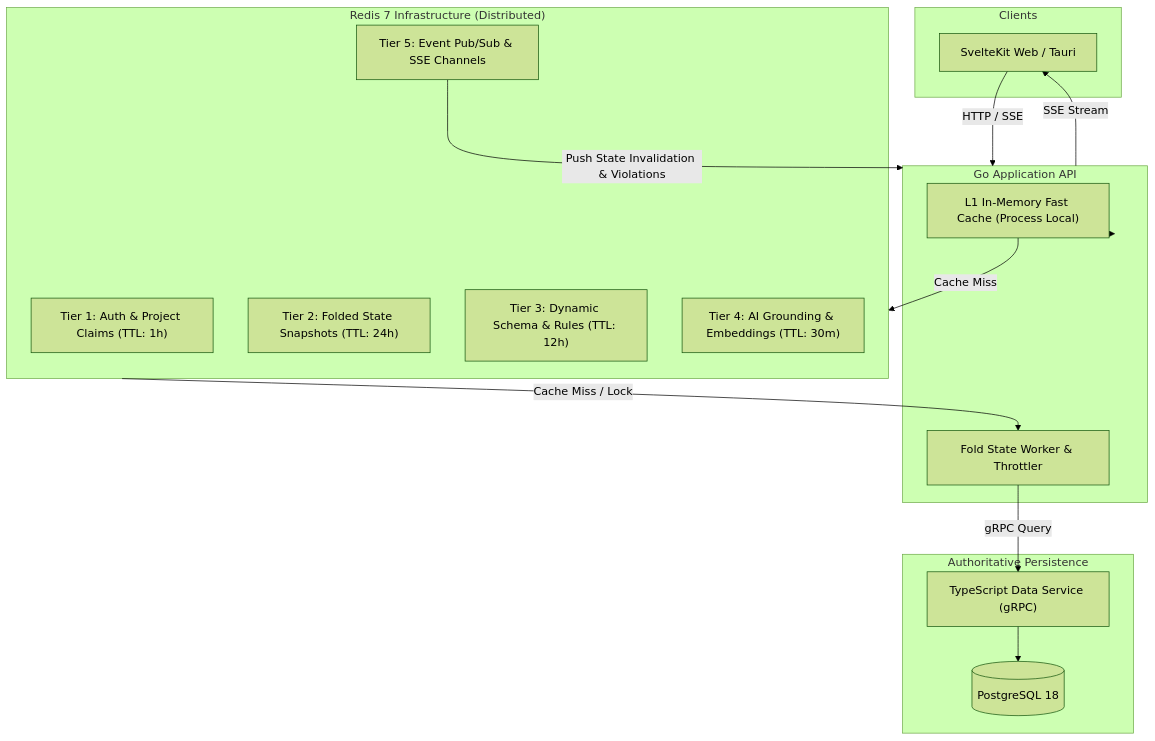
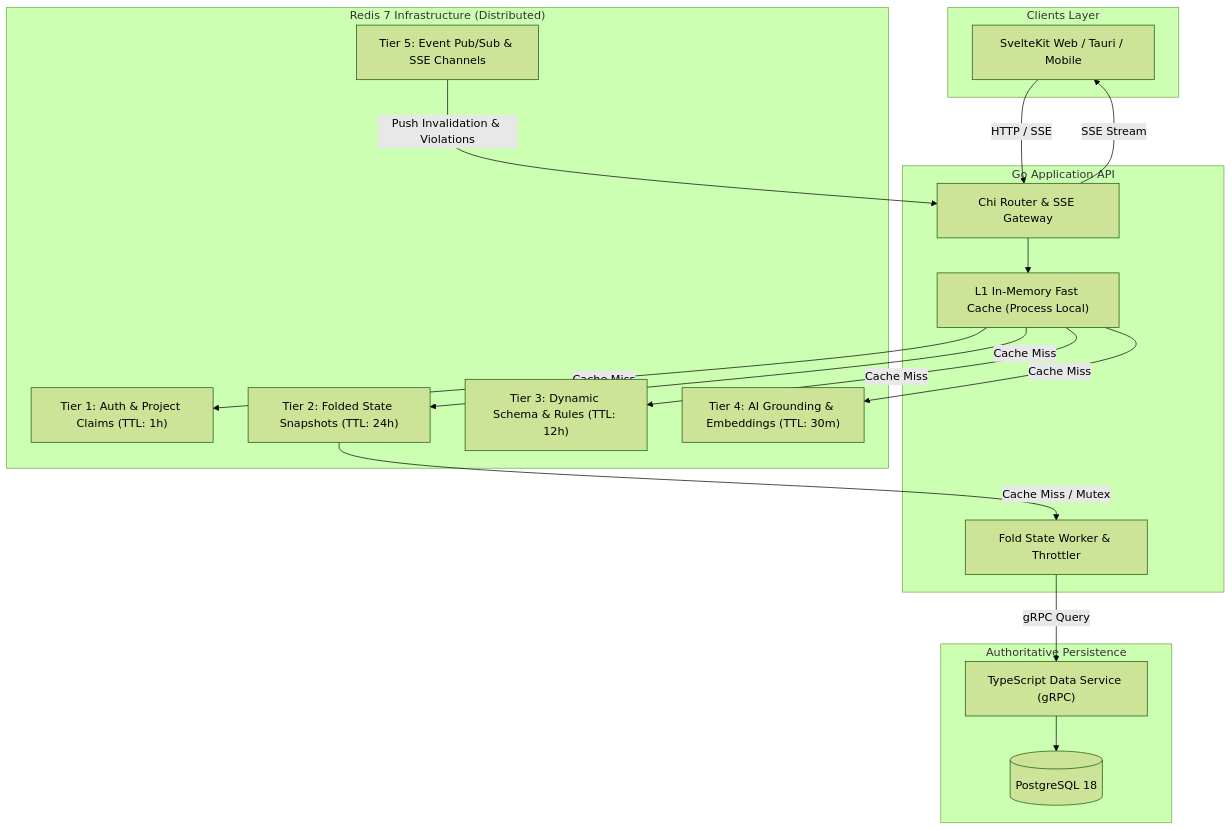
Before and after one commit to Yogesh-Kumar-Mallik-dev/NovWrite: the first of 2 diagrams in docs/CACHE_ARCHITECTURE.md, drawn with Mermaid (forest theme). The commit also changed 4 other files, not shown here.

Commit message:
fix(docs): resolve mermaid flowchart syntax and subgraph edge parsing errors

````diff
--- a/docs/CACHE_ARCHITECTURE.md
+++ b/docs/CACHE_ARCHITECTURE.md
@@ -12,34 +12,35 @@
 ```mermaid
 flowchart TB
-    subgraph Clients ["Clients"]
-        Browser["SvelteKit Web / Tauri"]
+    subgraph Clients ["Clients Layer"]
+        Browser["SvelteKit Web / Tauri / Mobile"]
     end
 
     subgraph GoAPI ["Go Application API"]
+        Router["Chi Router & SSE Gateway"]
         L1["L1 In-Memory Fast Cache (Process Local)"]
         FoldWorker["Fold State Worker & Throttler"]
     end
 
     subgraph RedisTiers ["Redis 7 Infrastructure (Distributed)"]
         AuthCache["Tier 1: Auth & Project Claims (TTL: 1h)"]
         StateSnapshots["Tier 2: Folded State Snapshots (TTL: 24h)"]
         SchemaCache["Tier 3: Dynamic Schema & Rules (TTL: 12h)"]
         AICache["Tier 4: AI Grounding & Embeddings (TTL: 30m)"]
         PubSubBus["Tier 5: Event Pub/Sub & SSE Channels"]
     end
 
     subgraph Persistence ["Authoritative Persistence"]
         DataSvc["TypeScript Data Service (gRPC)"]
         Postgres[("PostgreSQL 18")]
     end
 
-    Browser -->|HTTP / SSE| GoAPI
-    GoAPI --> L1
-    L1 -->|Cache Miss| RedisTiers
-    RedisTiers -->|Cache Miss / Lock| FoldWorker
-    FoldWorker -->|gRPC Query| DataSvc
+    Browser -->|"HTTP / SSE"| Router
+    Router --> L1
+    L1 -->|"Cache Miss"| StateSnapshots & AuthCache & SchemaCache & AICache
+    StateSnapshots -->|"Cache Miss / Mutex"| FoldWorker
+    FoldWorker -->|"gRPC Query"| DataSvc
     DataSvc --> Postgres
 
-    PubSubBus -->|Push State Invalidation & Violations| GoAPI
-    GoAPI -->|SSE Stream| Browser
+    PubSubBus -->|"Push Invalidation & Violations"| Router
+    Router -->|"SSE Stream"| Browser
 ```
````
